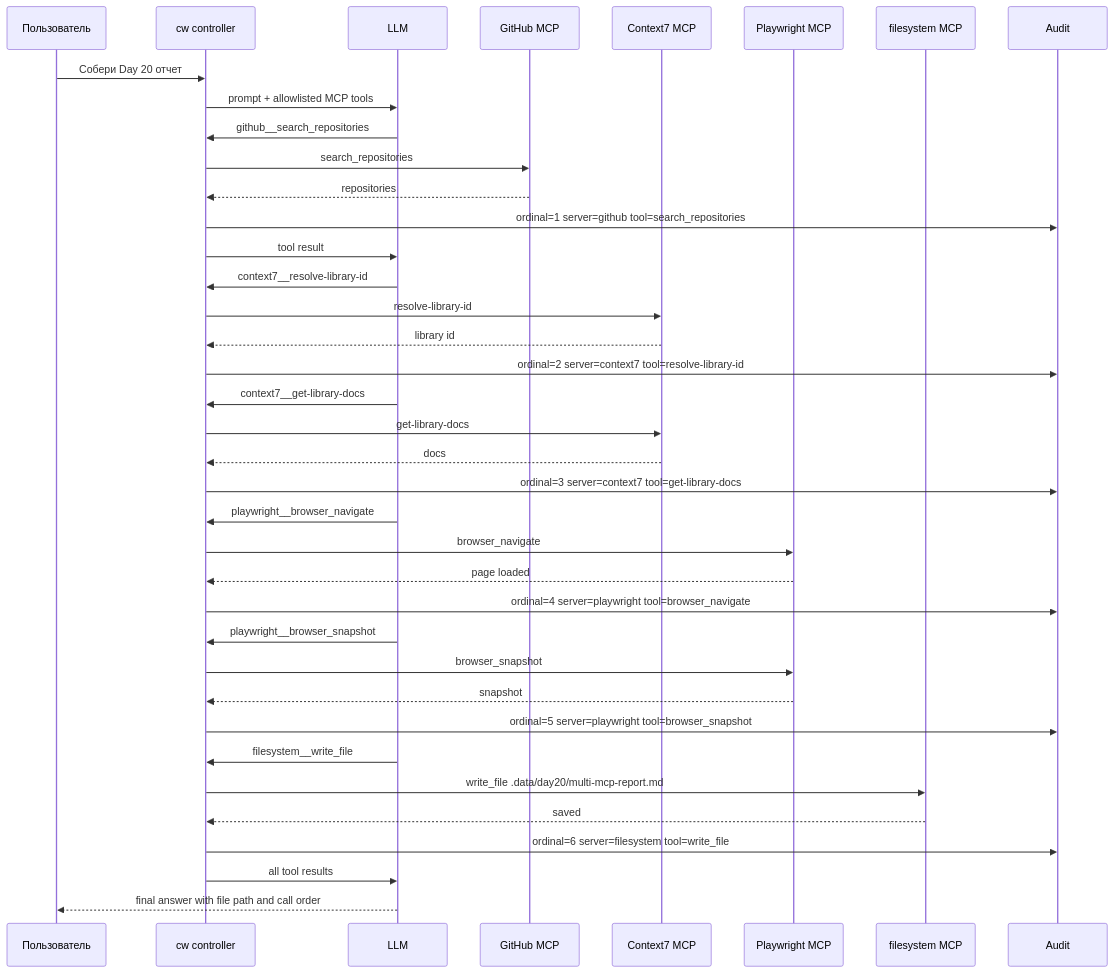
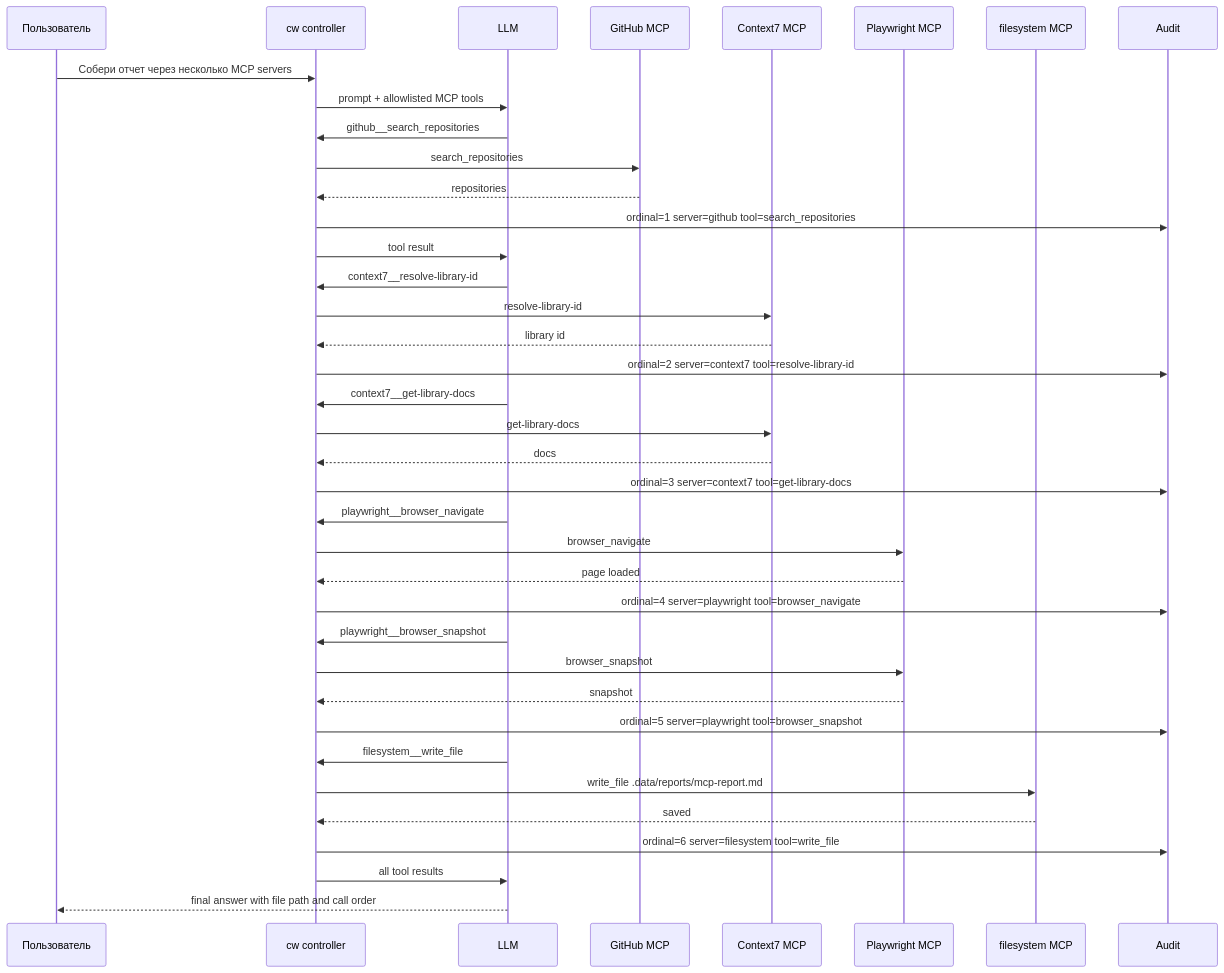
Before and after one commit to nikbrik/coding_writer: diagram 12 of 12 in README.md, drawn with Mermaid. The commit also changed other lines of this file, not shown here.

Commit message:
docs: remove day-based README sections

````diff
--- a/README.md
+++ b/README.md
@@ -348,41 +352,41 @@
 ```mermaid
 sequenceDiagram
     participant U as Пользователь
     participant C as cw controller
     participant L as LLM
     participant G as GitHub MCP
     participant D as Context7 MCP
     participant B as Playwright MCP
     participant F as filesystem MCP
     participant A as Audit
 
-    U->>C: Собери Day 20 отчет
+    U->>C: Собери отчет через несколько MCP servers
     C->>L: prompt + allowlisted MCP tools
     L->>C: github__search_repositories
     C->>G: search_repositories
     G-->>C: repositories
     C->>A: ordinal=1 server=github tool=search_repositories
     C->>L: tool result
     L->>C: context7__resolve-library-id
     C->>D: resolve-library-id
     D-->>C: library id
     C->>A: ordinal=2 server=context7 tool=resolve-library-id
     L->>C: context7__get-library-docs
     C->>D: get-library-docs
     D-->>C: docs
     C->>A: ordinal=3 server=context7 tool=get-library-docs
     L->>C: playwright__browser_navigate
     C->>B: browser_navigate
     B-->>C: page loaded
     C->>A: ordinal=4 server=playwright tool=browser_navigate
     L->>C: playwright__browser_snapshot
     C->>B: browser_snapshot
     B-->>C: snapshot
     C->>A: ordinal=5 server=playwright tool=browser_snapshot
     L->>C: filesystem__write_file
-    C->>F: write_file .data/day20/multi-mcp-report.md
+    C->>F: write_file .data/reports/mcp-report.md
     F-->>C: saved
     C->>A: ordinal=6 server=filesystem tool=write_file
     C->>L: all tool results
     L-->>U: final answer with file path and call order
 ```
````
